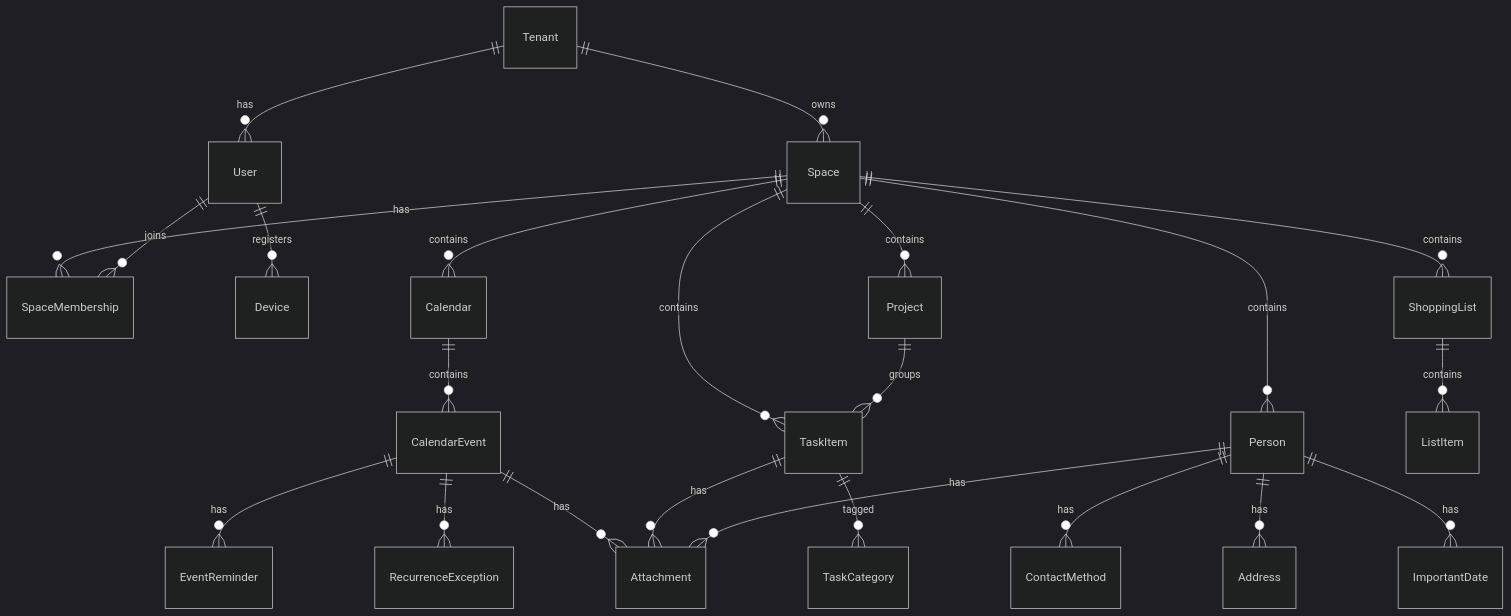
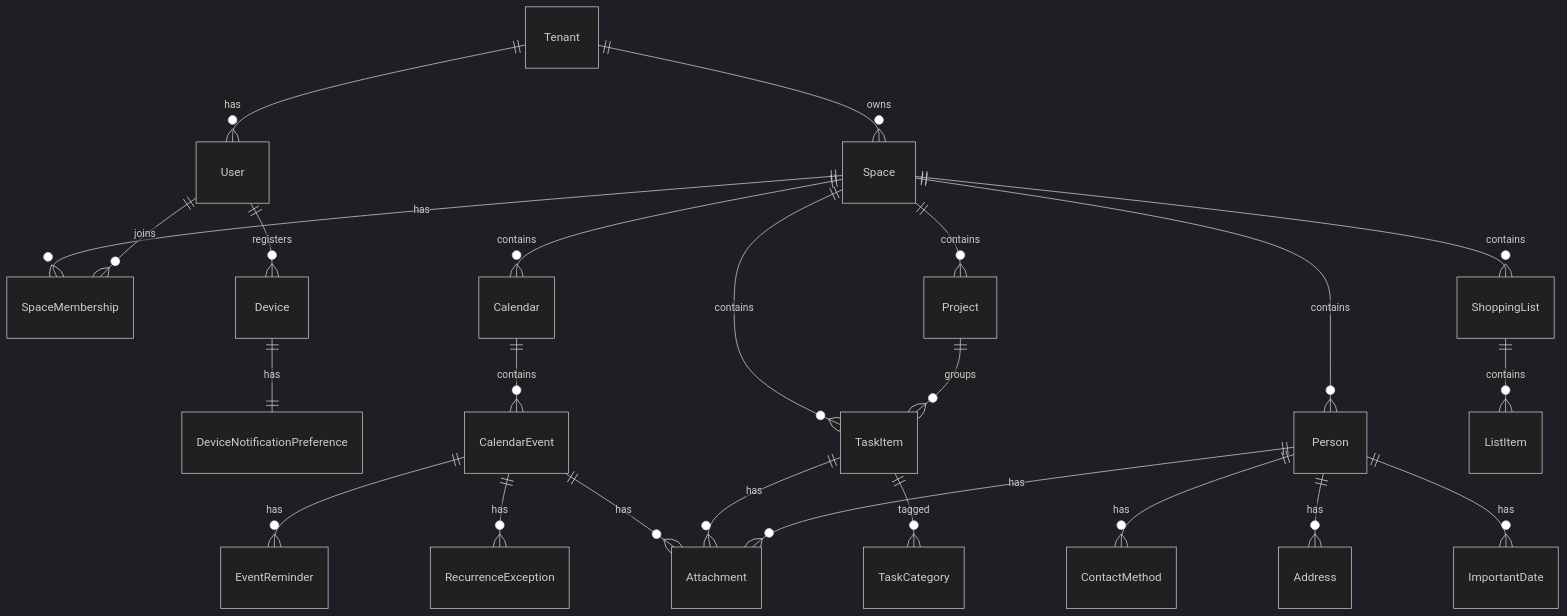
The fifth of 6 diagrams in docs/ARCHITECTURE.md (DayKeeperApp/day-keeper-service), drawn with Mermaid (dark theme) before and after one commit. The commit also changed other lines of this file and 22 other files, not shown here.

First line of the commit message:
feat: add per-device notification preferences

````diff
--- a/docs/ARCHITECTURE.md
+++ b/docs/ARCHITECTURE.md
@@ -201,29 +204,30 @@
 ```mermaid
 erDiagram
   Tenant ||--o{ User : has
   Tenant ||--o{ Space : owns
   Space ||--o{ SpaceMembership : has
   User ||--o{ SpaceMembership : joins
   User ||--o{ Device : registers
+  Device ||--|| DeviceNotificationPreference : has
 
   Space ||--o{ Calendar : contains
   Calendar ||--o{ CalendarEvent : contains
   CalendarEvent ||--o{ EventReminder : has
   CalendarEvent ||--o{ RecurrenceException : has
   CalendarEvent ||--o{ Attachment : has
 
   Space ||--o{ Project : contains
   Space ||--o{ TaskItem : contains
   Project ||--o{ TaskItem : groups
   TaskItem ||--o{ TaskCategory : tagged
   TaskItem ||--o{ Attachment : has
 
   Space ||--o{ Person : contains
   Person ||--o{ ContactMethod : has
   Person ||--o{ Address : has
   Person ||--o{ ImportantDate : has
   Person ||--o{ Attachment : has
 
   Space ||--o{ ShoppingList : contains
   ShoppingList ||--o{ ListItem : contains
 ```
````
